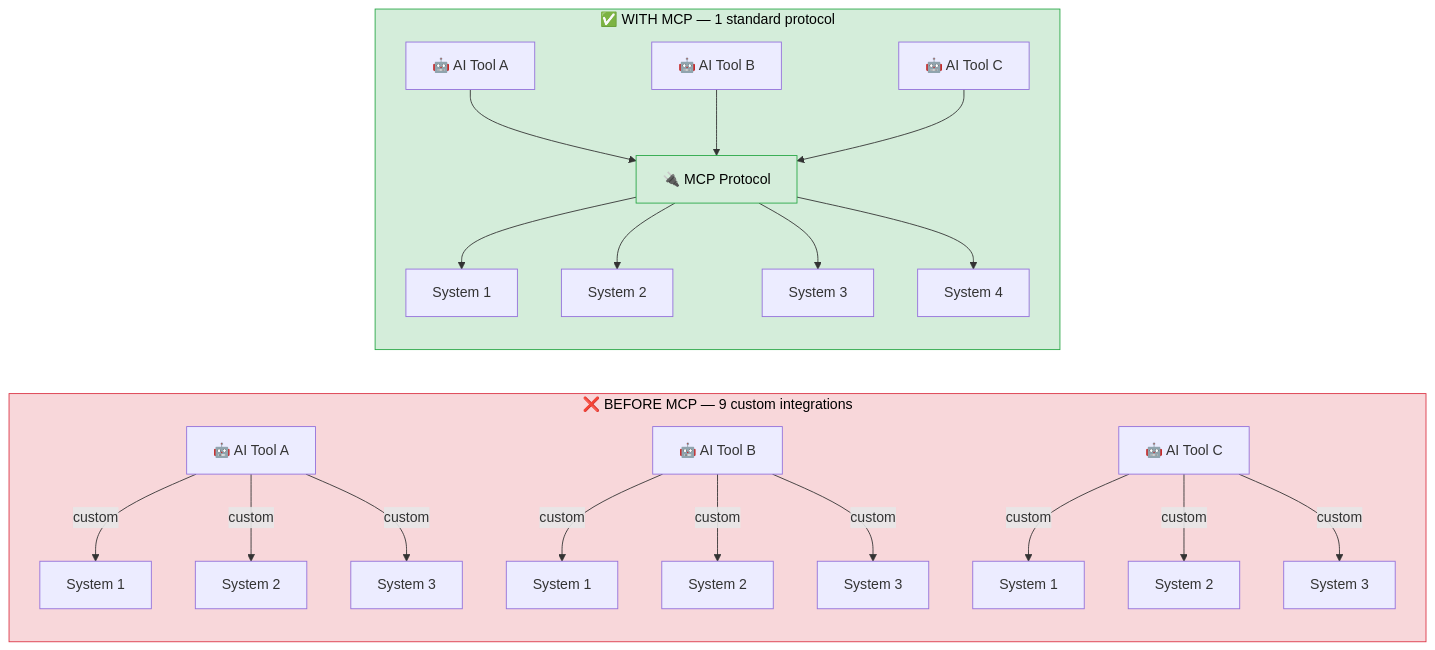
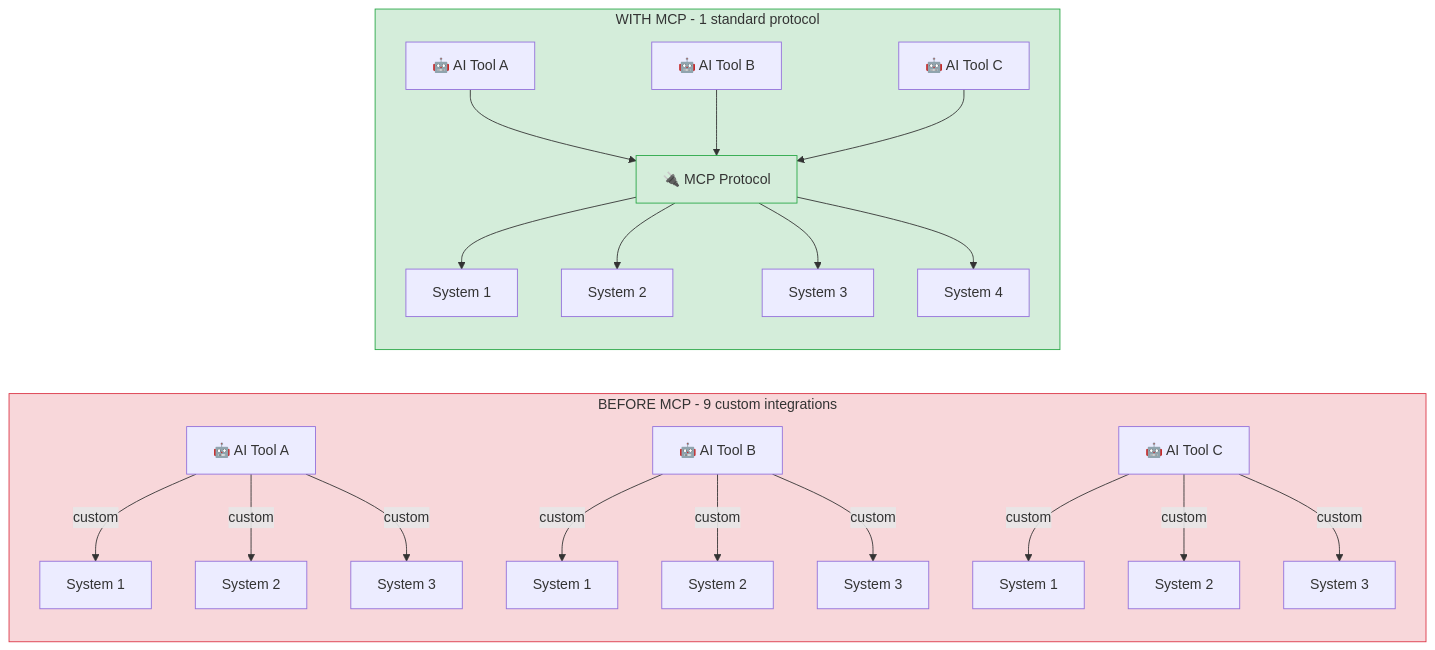
Before and after one commit to ithinktavo/GenAI-Engineering-Handbook: the first of 2 diagrams in docs/08-mcp.md, drawn with Mermaid. The commit also changed other lines of this file and 9 other files, not shown here.

First line of the commit message:
Fix Mermaid rendering: remove emoji from subgraph titles and unsupported syntax

````diff
--- a/docs/08-mcp.md
+++ b/docs/08-mcp.md
@@ -15,28 +15,28 @@
 ```mermaid
 graph LR
-    subgraph Before ["❌ BEFORE MCP — 9 custom integrations"]
+    subgraph Before ["BEFORE MCP - 9 custom integrations"]
         A1["🤖 AI Tool A"] -- "custom" --> S1a["System 1"]
         A1 -- "custom" --> S2a["System 2"]
         A1 -- "custom" --> S3a["System 3"]
         B1["🤖 AI Tool B"] -- "custom" --> S1b["System 1"]
         B1 -- "custom" --> S2b["System 2"]
         B1 -- "custom" --> S3b["System 3"]
         C1["🤖 AI Tool C"] -- "custom" --> S1c["System 1"]
         C1 -- "custom" --> S2c["System 2"]
         C1 -- "custom" --> S3c["System 3"]
     end
 
-    subgraph After ["✅ WITH MCP — 1 standard protocol"]
+    subgraph After ["WITH MCP - 1 standard protocol"]
         A2["🤖 AI Tool A"] --> MCP["🔌 MCP Protocol"]
         B2["🤖 AI Tool B"] --> MCP
         C2["🤖 AI Tool C"] --> MCP
         MCP --> S1["System 1"]
         MCP --> S2["System 2"]
         MCP --> S3["System 3"]
         MCP --> S4["System 4"]
     end
 
-    style MCP fill:#d4edda,stroke:#28a745,color:#000
-    style Before fill:#f8d7da,stroke:#dc3545,color:#000
-    style After fill:#d4edda,stroke:#28a745,color:#000
+    style MCP fill:#d4edda,stroke:#28a745
+    style Before fill:#f8d7da,stroke:#dc3545
+    style After fill:#d4edda,stroke:#28a745
 ```
````
